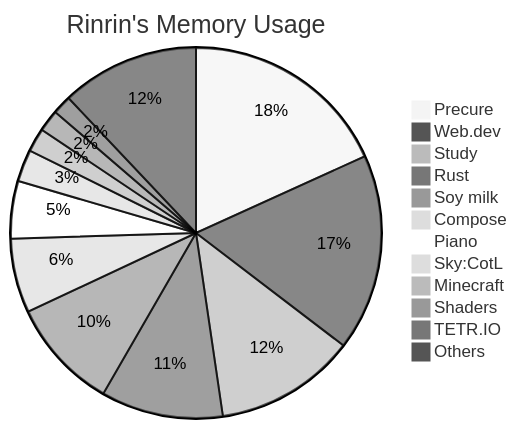
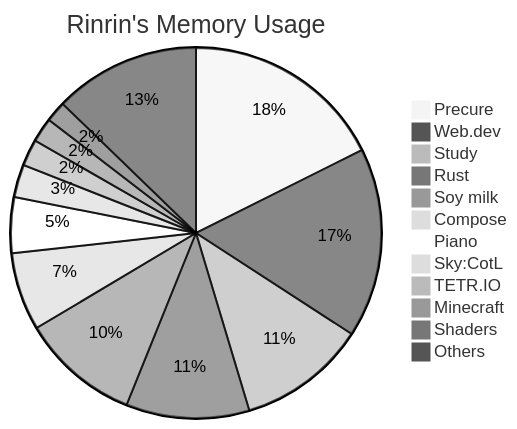
One commit to Rinrin0413/Rinrin0413 changed the diagram in README.md. Above: the diagram before and after it, drawn with Mermaid (neutral theme).

Commit message:
🛠 Update: Rinrin's Memory Usage

````diff
--- a/README.md
+++ b/README.md
@@ -75,15 +75,15 @@
 ```mermaid
 pie title Rinrin's Memory Usage
-    "Precure": 573
-    "Web.dev": 540
-    "Study": 387
-    "Rust": 335
-    "Soy milk": 305
-    "Compose": 204
-    "Piano": 158
-    "Sky:CotL": 88
-    "Minecraft": 65
-    "Shaders": 60
-    "TETR.IO": 52
-    "Others": 379
+    "Precure": 554
+    "Web.dev": 520
+    "Study": 352
+    "Rust": 338
+    "Soy milk": 325
+    "Compose": 214
+    "Piano": 153
+    "Sky:CotL": 90
+    "TETR.IO": 73
+    "Minecraft": 67
+    "Shaders": 57
+    "Others": 401
 ```
````
